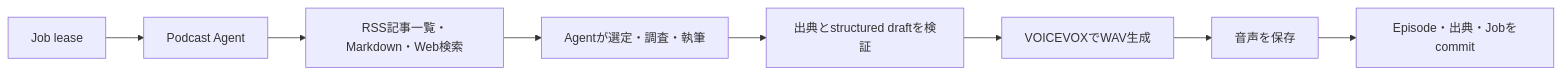
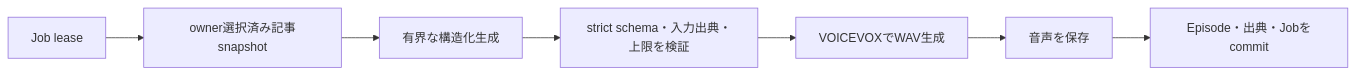
Before and after one commit to r4ai/news-podcast: the seventh of 9 diagrams in docs/architecture.md, drawn with Mermaid. The commit also changed other lines of this file and 9 other files, not shown here.

Commit message:
docs(architecture): close functional DDD migration

````diff
--- a/docs/architecture.md
+++ b/docs/architecture.md
@@ -254,10 +255,9 @@
 ```mermaid
 flowchart LR
-  Lease["Job lease"] --> Agent["Podcast Agent"]
-  Agent --> Tools["RSS記事一覧・Markdown・Web検索"]
-  Tools --> Script["Agentが選定・調査・執筆"]
-  Script --> Verify["出典とstructured draftを検証"]
+  Lease["Job lease"] --> Input["owner選択済み記事snapshot"]
+  Input --> Script["有界な構造化生成"]
+  Script --> Verify["strict schema・入力出典・上限を検証"]
   Verify --> TTS["VOICEVOXでWAV生成"]
   TTS --> Store["音声を保存"]
   Store --> Commit["Episode・出典・Jobをcommit"]
 ```
````
